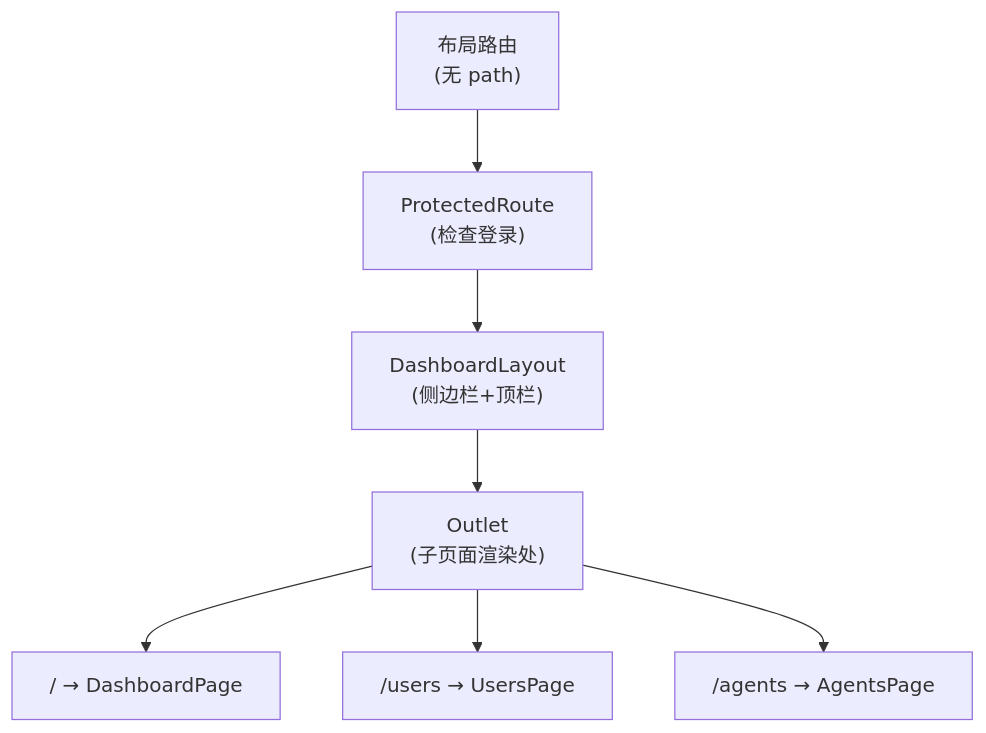
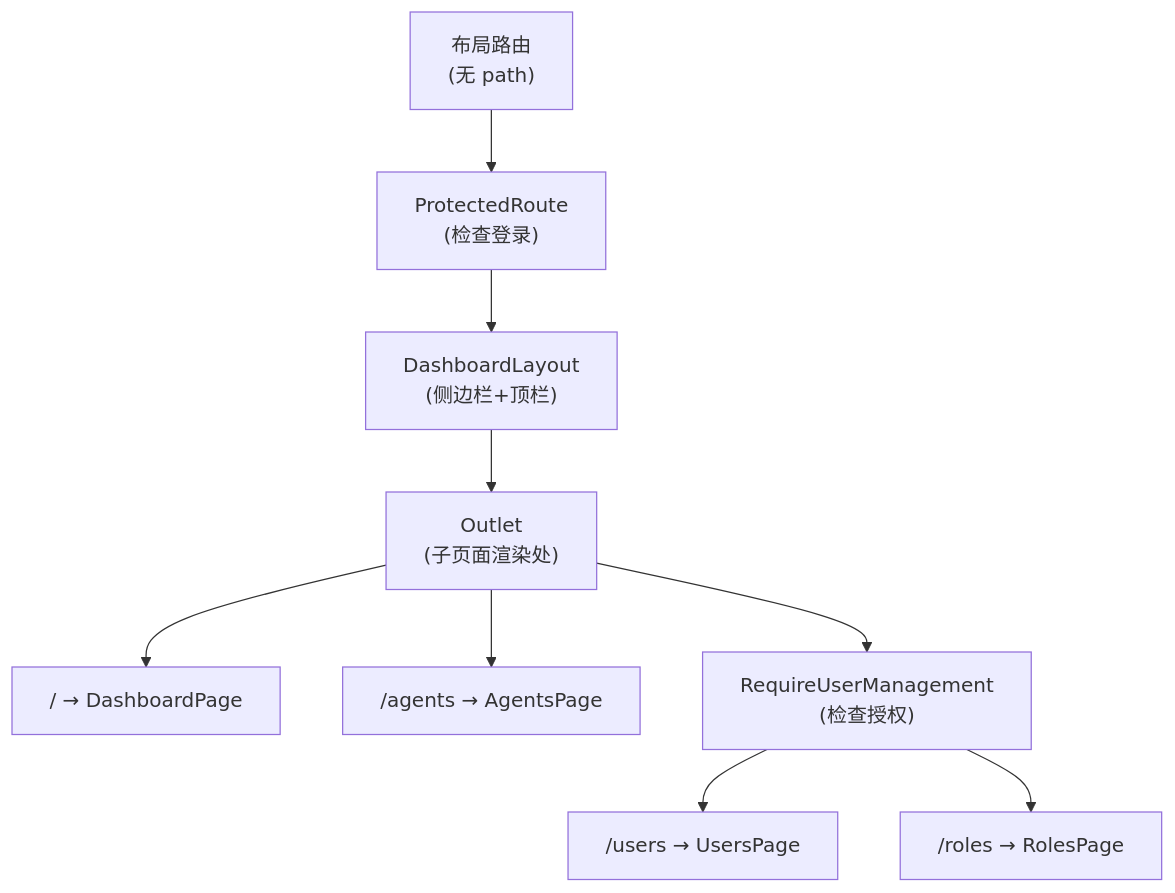
One commit to hugo617/ai-agent-platform changed the third of 4 diagrams in 项目指南/03-前端架构/03-认证与路由守卫.md. Above: the diagram before and after it, drawn with Mermaid. The commit also changed other lines of this file and 1 other file, not shown here.

First line of the commit message:
docs: 补充前端权限守卫层(RequireUserManagement + canManageUsers)

````diff
--- a/项目指南/03-前端架构/03-认证与路由守卫.md
+++ b/项目指南/03-前端架构/03-认证与路由守卫.md
@@ -170,9 +239,11 @@
 ```mermaid
 graph TD
     R["布局路由<br/>(无 path)"] --> PR["ProtectedRoute<br/>(检查登录)"]
     PR --> DL["DashboardLayout<br/>(侧边栏+顶栏)"]
     DL --> OUT["Outlet<br/>(子页面渲染处)"]
     OUT --> D["/ → DashboardPage"]
-    OUT --> U["/users → UsersPage"]
     OUT --> A["/agents → AgentsPage"]
+    OUT --> RU["RequireUserManagement<br/>(检查授权)"]
+    RU --> U["/users → UsersPage"]
+    RU --> RO["/roles → RolesPage"]
 ```
````
